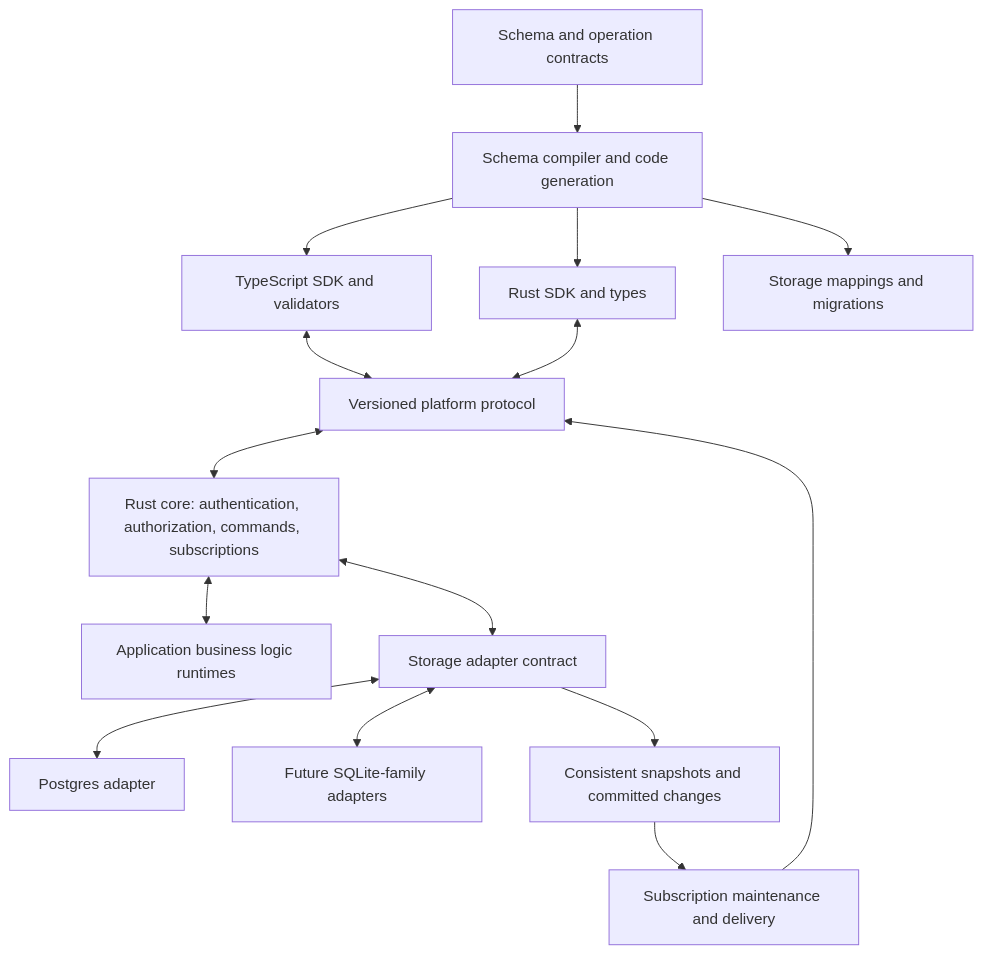
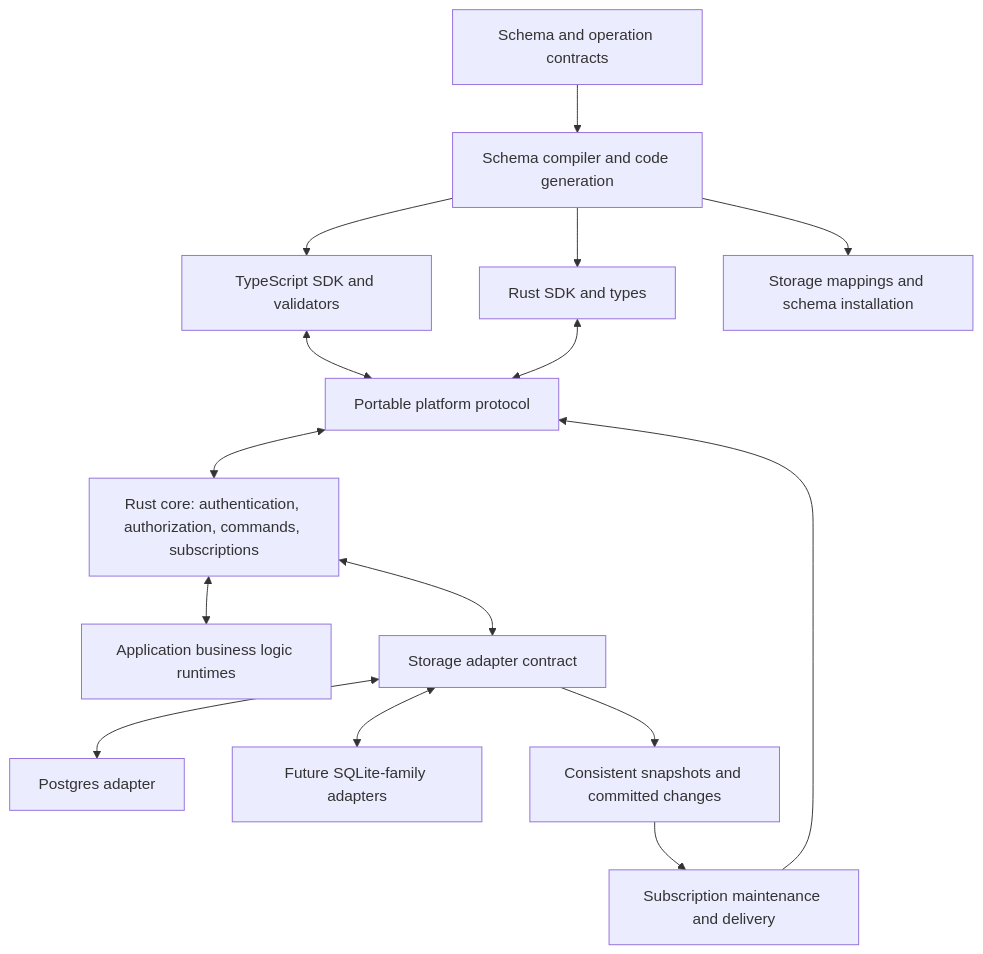
The diagram in docs/architecture.md (hulladev/db), drawn with Mermaid before and after one commit. The commit also changed other lines of this file and 12 other files, not shown here.

````diff
--- a/docs/architecture.md
+++ b/docs/architecture.md
@@ -175,17 +183,17 @@
 ```mermaid
 flowchart TB
     Schema["Schema and operation contracts"] --> Compiler["Schema compiler and code generation"]
     Compiler --> TS["TypeScript SDK and validators"]
     Compiler --> RS["Rust SDK and types"]
-    Compiler --> DBDef["Storage mappings and migrations"]
-    TS <--> Protocol["Versioned platform protocol"]
+    Compiler --> DBDef["Storage mappings and schema installation"]
+    TS <--> Protocol["Portable platform protocol"]
     RS <--> Protocol
     Protocol <--> Core["Rust core: authentication, authorization, commands, subscriptions"]
     Core <--> Runtime["Application business logic runtimes"]
     Core <--> Storage["Storage adapter contract"]
     Storage <--> PG["Postgres adapter"]
     Storage <--> Future["Future SQLite-family adapters"]
     Storage --> Feed["Consistent snapshots and committed changes"]
     Feed --> Subscriptions["Subscription maintenance and delivery"]
     Subscriptions --> Protocol
 ```
````
